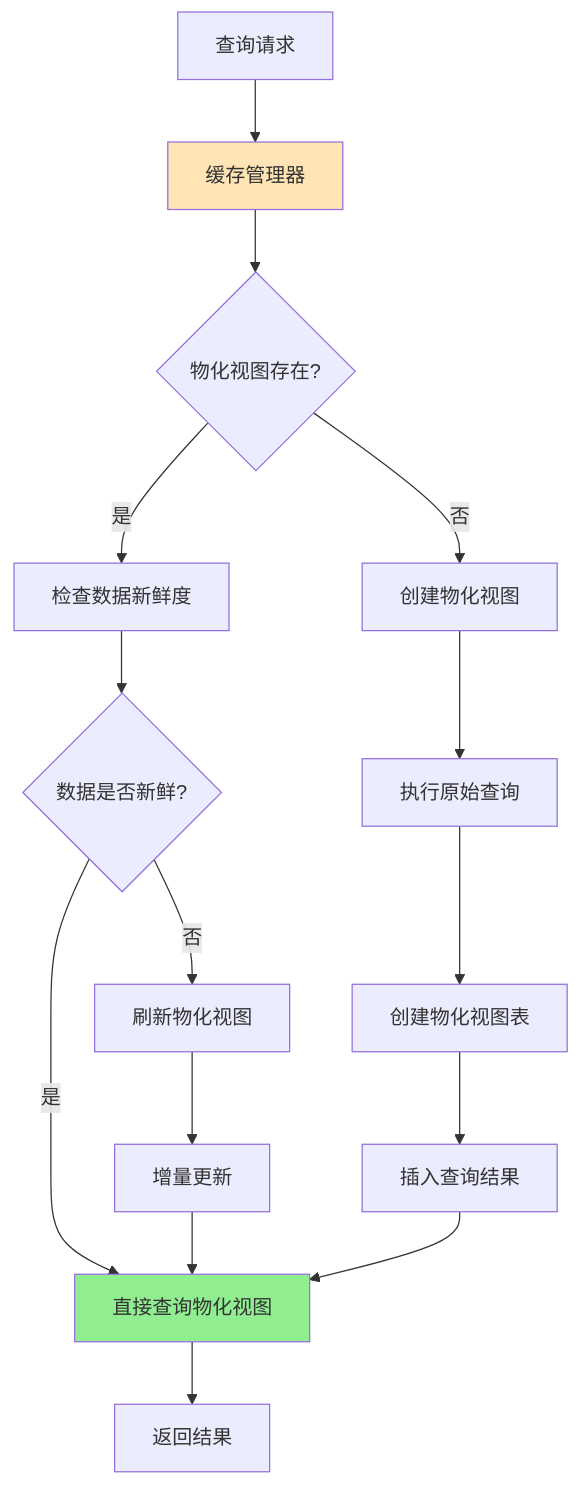
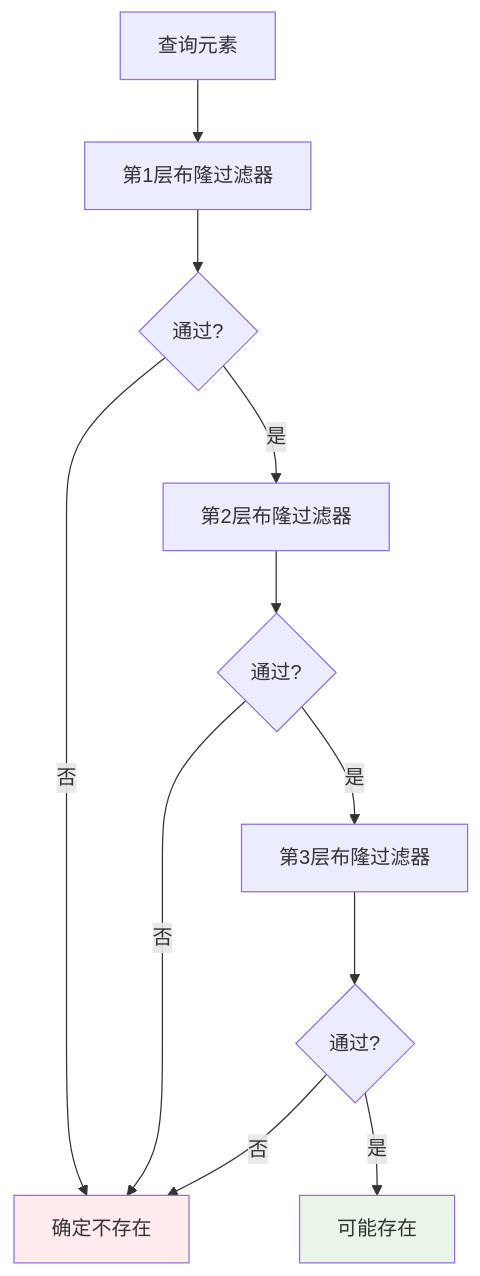
One commit to crazypenguincode/duckdb changed the seventh of 9 diagrams in md/第二章-相关背景与理论基础.md. Above: the diagram before and after it, drawn with Mermaid. The commit also changed other lines of this file and 361 other files, not shown here.

````diff
--- a/md/第二章-相关背景与理论基础.md
+++ b/md/第二章-相关背景与理论基础.md
@@ -581,25 +599,16 @@
 ```mermaid
-graph TD
-    A[查询请求] --> B[缓存管理器]
-    B --> C{物化视图存在?}
+graph TB
+    A[查询元素] --> B[第1层布隆过滤器]
+    B --> C{通过?}
+    C --> |否| D[确定不存在]
+    C --> |是| E[第2层布隆过滤器]
+    E --> F{通过?}
+    F --> |否| D
+    F --> |是| G[第3层布隆过滤器]
+    G --> H{通过?}
+    H --> |否| D
+    H --> |是| I[可能存在]
     
-    C -->|是| D[检查数据新鲜度]
-    C -->|否| E[创建物化视图]
-    
-    D --> F{数据是否新鲜?}
-    F -->|是| G[直接查询物化视图]
-    F -->|否| H[刷新物化视图]
-    
-    E --> I[执行原始查询]
-    I --> J[创建物化视图表]
-    J --> K[插入查询结果]
-    
-    H --> L[增量更新]
-    L --> G
-    
-    K --> G
-    G --> M[返回结果]
-    
-    style G fill:#90EE90
-    style B fill:#FFE4B5
+    style D fill:#ffebee
+    style I fill:#e8f5e8
 ```
````
